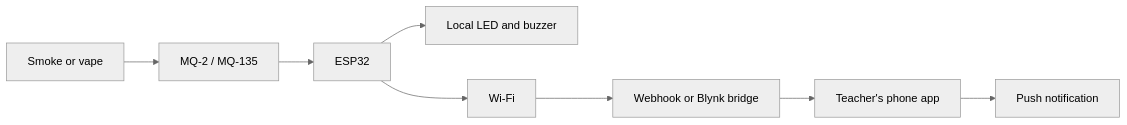
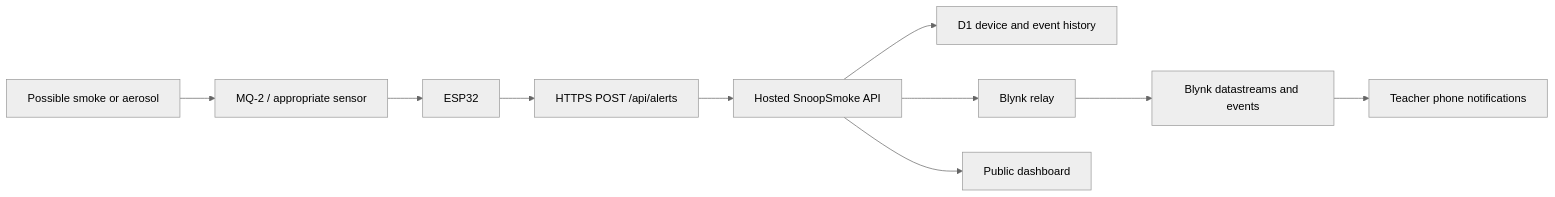
The diagram in README.md (mhymx/Sensdemo), drawn with Mermaid (neutral theme) before and after one commit. The commit also changed other lines of this file and 2 other files, not shown here.

Commit message:
Publish hosted setup and hardware handoff docs

````diff
--- a/README.md
+++ b/README.md
@@ -5,10 +19,12 @@
-```mermaid
+~~~mermaid
 flowchart LR
-    A[Smoke or vape] --> B[MQ-2 / MQ-135]
+    A[Possible smoke or aerosol] --> B[MQ-2 / appropriate sensor]
     B --> C[ESP32]
-    C --> D[Local LED and buzzer]
-    C --> E[Wi-Fi]
-    E --> F[Webhook or Blynk bridge]
-    F --> G[Teacher's phone app]
-    G --> H[Push notification]
-```
+    C --> D[HTTPS POST /api/alerts]
+    D --> E[Hosted SnoopSmoke API]
+    E --> F[D1 device and event history]
+    E --> G[Blynk relay]
+    G --> H[Blynk datastreams and events]
+    E --> I[Public dashboard]
+    H --> J[Teacher phone notifications]
+~~~
````
